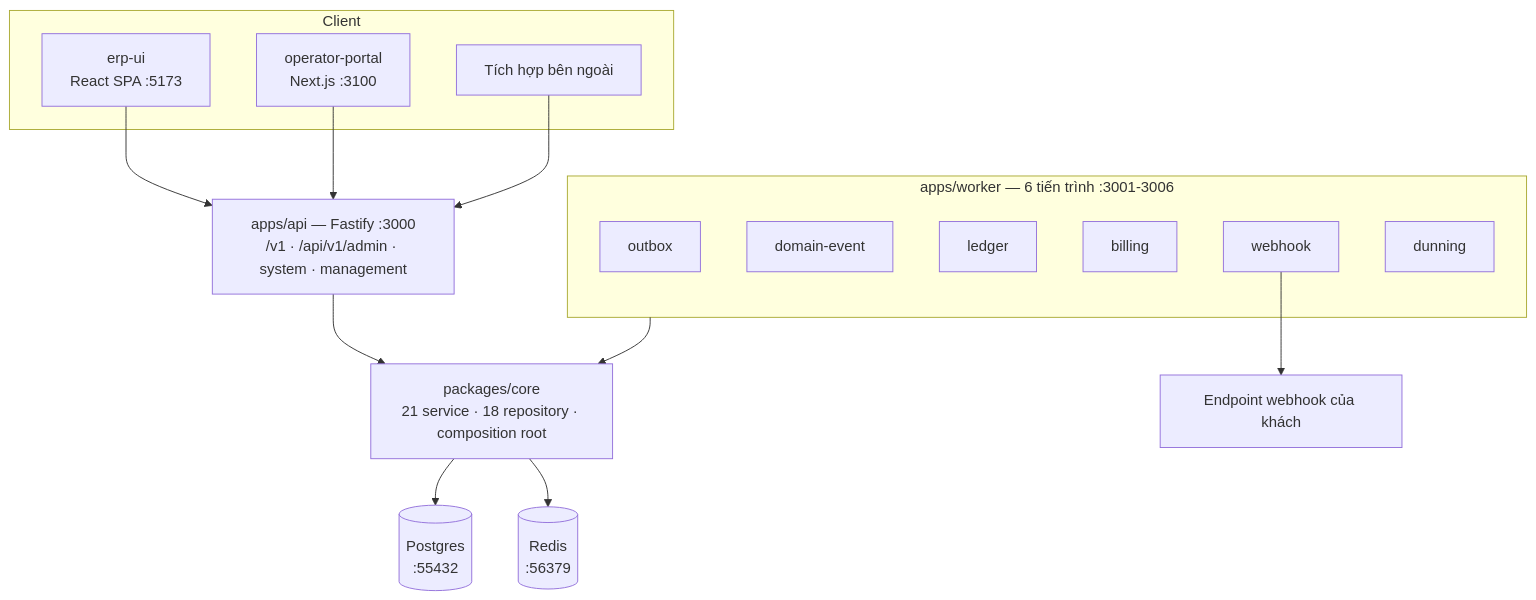
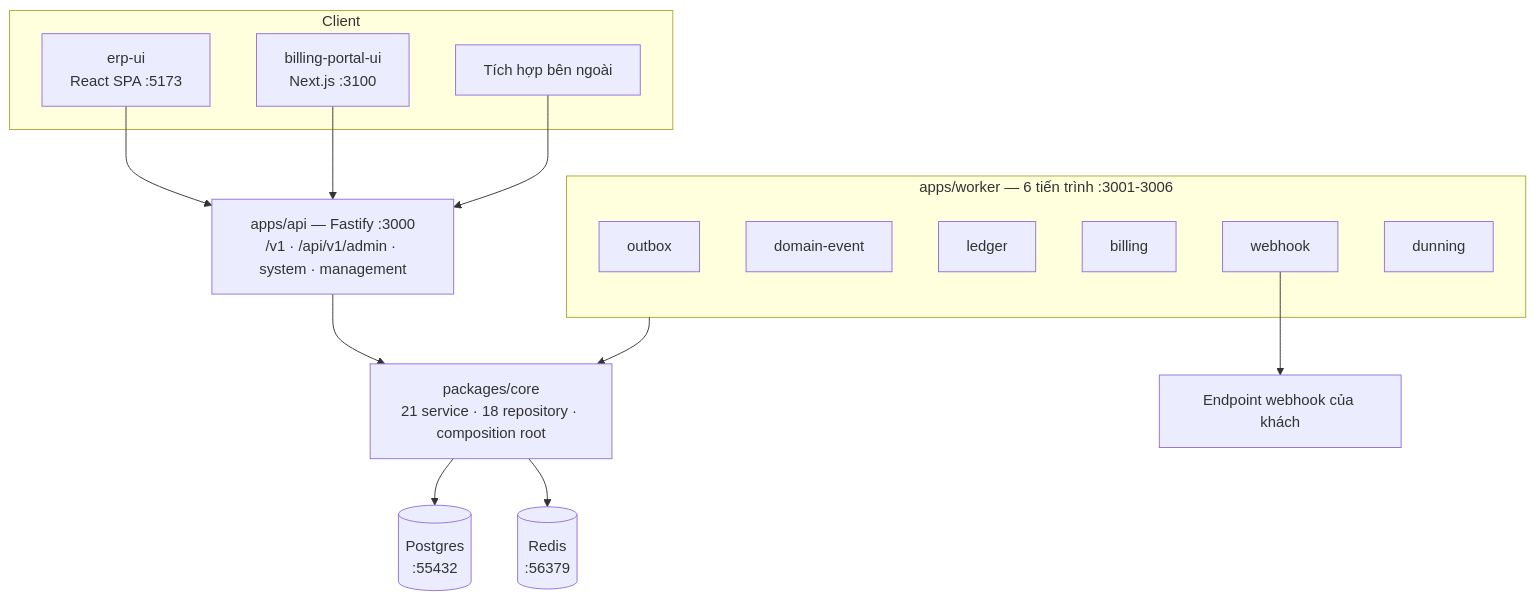
Before and after one commit to anhquang296/pinstripe: the diagram in docs/flows/00-index.md, drawn with Mermaid. The commit also changed other lines of this file and 78 other files, not shown here.

````diff
--- a/docs/flows/00-index.md
+++ b/docs/flows/00-index.md
@@ -9,33 +9,33 @@
 ```mermaid
 flowchart TB
     subgraph clients [Client]
         AU["erp-ui<br/>React SPA :5173"]
-        PU["operator-portal<br/>Next.js :3100"]
+        PU["billing-portal-ui<br/>Next.js :3100"]
         EXT["Tích hợp bên ngoài"]
     end
 
     API["apps/api — Fastify :3000<br/>/v1 · /api/v1/admin · system · management"]
 
     subgraph workers ["apps/worker — 6 tiến trình :3001-3006"]
         W1[outbox]
         W2[domain-event]
         W3[ledger]
         W4[billing]
         W5[webhook]
         W6[dunning]
     end
 
     CORE["packages/core<br/>21 service · 18 repository · composition root"]
     PG[("Postgres<br/>:55432")]
     RD[("Redis<br/>:56379")]
     EP["Endpoint webhook của khách"]
 
     AU --> API
     PU --> API
     EXT --> API
     API --> CORE
     workers --> CORE
     CORE --> PG
     CORE --> RD
     W5 --> EP
 ```
````
